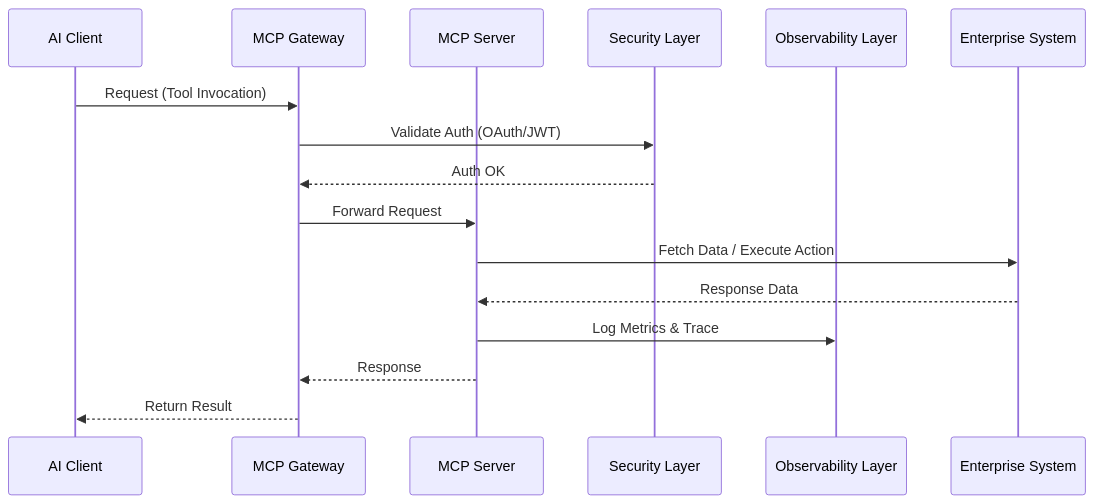
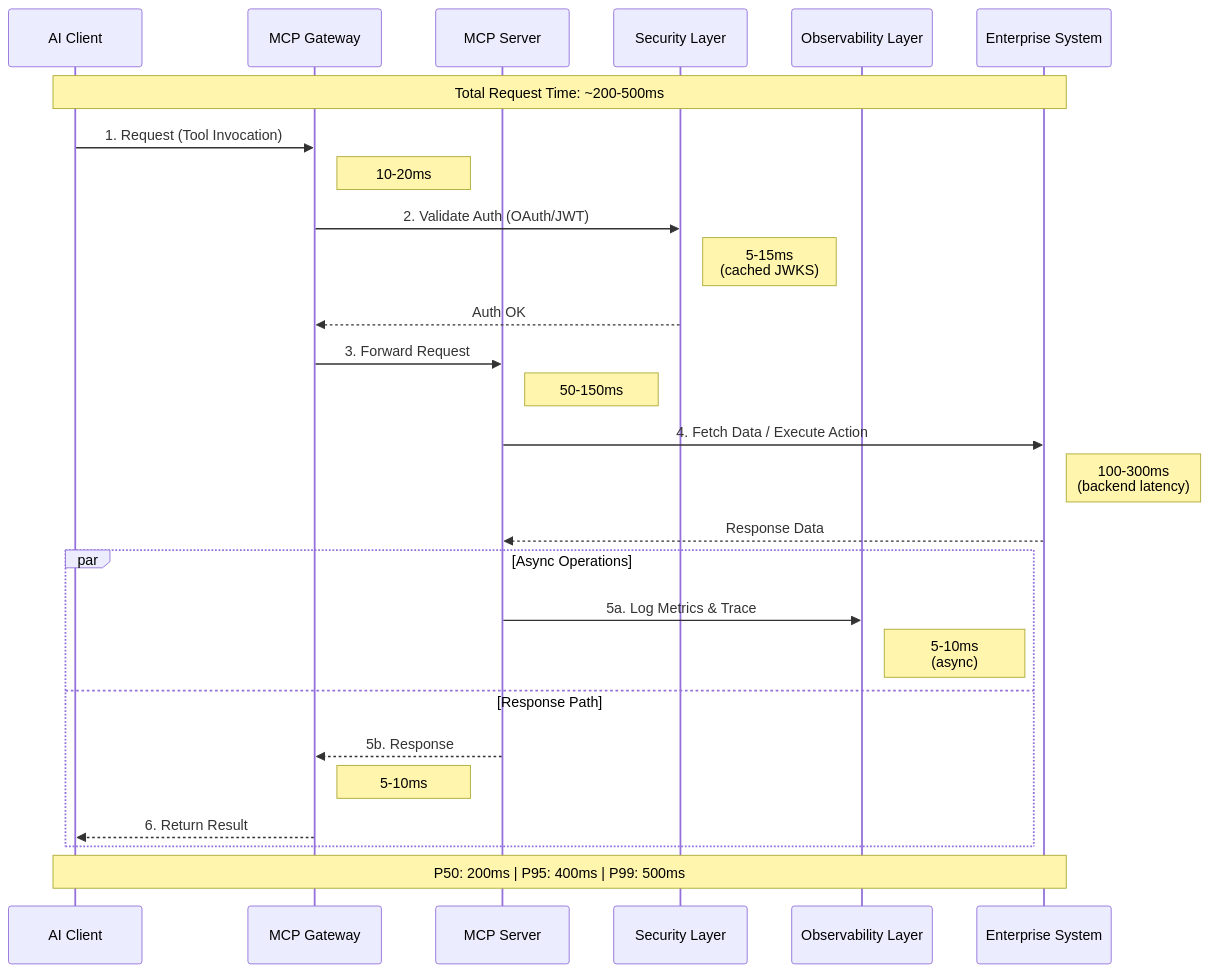
Before and after one commit to markbsigler/MCP_Architecture: the second of 3 diagrams in docs/01-architecture-overview.md, drawn with Mermaid.

Commit message:
feat: add latency annotations to request flow diagram
- Add timing information for each step in the flow
- Include P50/P95/P99 latency percentiles
- Show async operations in parallel
- Annotate typical latencies for auth, gateway, server, and backend

````diff
--- a/docs/01-architecture-overview.md
+++ b/docs/01-architecture-overview.md
@@ -178,19 +178,34 @@
 ```mermaid
 sequenceDiagram
     participant Client as AI Client
     participant Gateway as MCP Gateway
     participant Server as MCP Server
     participant Security as Security Layer
     participant Observability as Observability Layer
     participant Integration as Enterprise System
 
-    Client->>Gateway: Request (Tool Invocation)
-    Gateway->>Security: Validate Auth (OAuth/JWT)
+    Note over Client,Integration: Total Request Time: ~200-500ms
+    
+    Client->>Gateway: 1. Request (Tool Invocation)
+    Note right of Gateway: 10-20ms
+    Gateway->>Security: 2. Validate Auth (OAuth/JWT)
+    Note right of Security: 5-15ms<br/>(cached JWKS)
     Security-->>Gateway: Auth OK
-    Gateway->>Server: Forward Request
-    Server->>Integration: Fetch Data / Execute Action
+    
+    Gateway->>Server: 3. Forward Request
+    Note right of Server: 50-150ms
+    Server->>Integration: 4. Fetch Data / Execute Action
+    Note right of Integration: 100-300ms<br/>(backend latency)
     Integration-->>Server: Response Data
-    Server->>Observability: Log Metrics & Trace
-    Server-->>Gateway: Response
-    Gateway-->>Client: Return Result
+    
+    par Async Operations
+        Server->>Observability: 5a. Log Metrics & Trace
+        Note right of Observability: 5-10ms<br/>(async)
+    and Response Path
+        Server-->>Gateway: 5b. Response
+        Note right of Gateway: 5-10ms
+        Gateway-->>Client: 6. Return Result
+    end
+    
+    Note over Client,Integration: P50: 200ms | P95: 400ms | P99: 500ms
 ```
````
